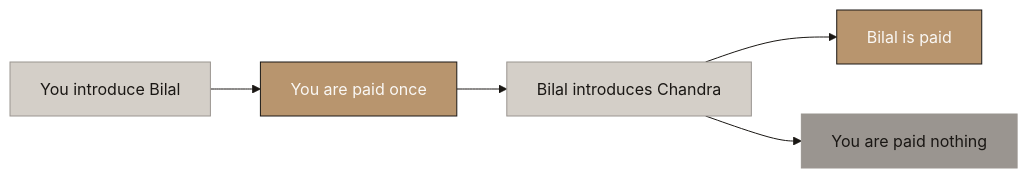
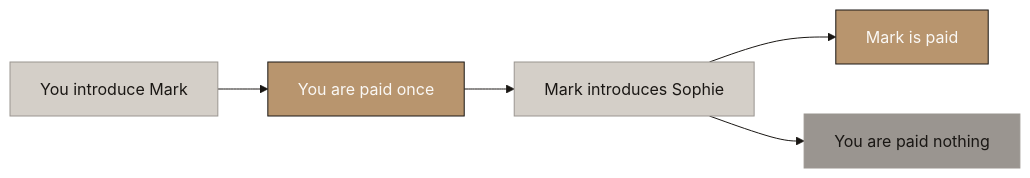
Diagram 42 of 45 in deliverables/2-mechanism-design/final/Aurumix_Process_Maps.md (Abdsys/Aurumix), drawn with Mermaid before and after one commit. The commit also changed other lines of this file and 6 other files, not shown here.

First line of the commit message:
Review pass on the MD document, sections 2 to 14: plain language, new diagrams, card and credit open to all

````diff
--- a/deliverables/2-mechanism-design/final/Aurumix_Process_Maps.md
+++ b/deliverables/2-mechanism-design/final/Aurumix_Process_Maps.md
@@ -1234,25 +1403,25 @@
 ```mermaid
 %%{init: {'theme': 'base', 'themeVariables': {
     'primaryColor': '#B8956E',
     'primaryTextColor': '#1A1714',
     'primaryBorderColor': '#1A1714',
     'lineColor': '#1A1714',
     'secondaryColor': '#FAF8F5',
     'tertiaryColor': '#D4CFC8',
     'fontFamily': 'Libre Franklin, sans-serif',
     'edgeLabelBackground': '#D4CFC8',
     'clusterBkg': '#FAF8F5',
     'clusterBorder': '#B8956E'
 }}}%%
 graph LR
-    A["You introduce Bilal"] --> B["You are paid once"]
-    B --> C["Bilal introduces Chandra"]
-    C --> D["Bilal is paid"]
+    A["You introduce Mark"] --> B["You are paid once"]
+    B --> C["Mark introduces Sophie"]
+    C --> D["Mark is paid"]
     C --> E["You are paid nothing"]
 
     style A fill:#D4CFC8,stroke:#9A9590,color:#1A1714
     style B fill:#B8956E,stroke:#1A1714,color:#FAF8F5
     style C fill:#D4CFC8,stroke:#9A9590,color:#1A1714
     style D fill:#B8956E,stroke:#1A1714,color:#FAF8F5
     style E fill:#9A9590,stroke:#9A9590,color:#1A1714
 ```
````
